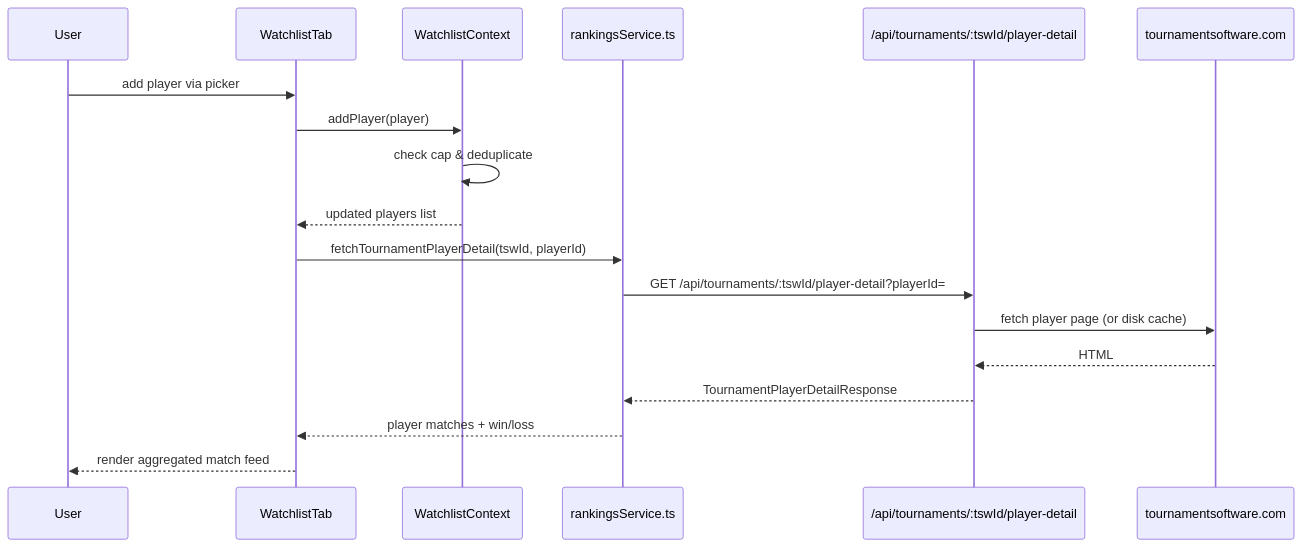
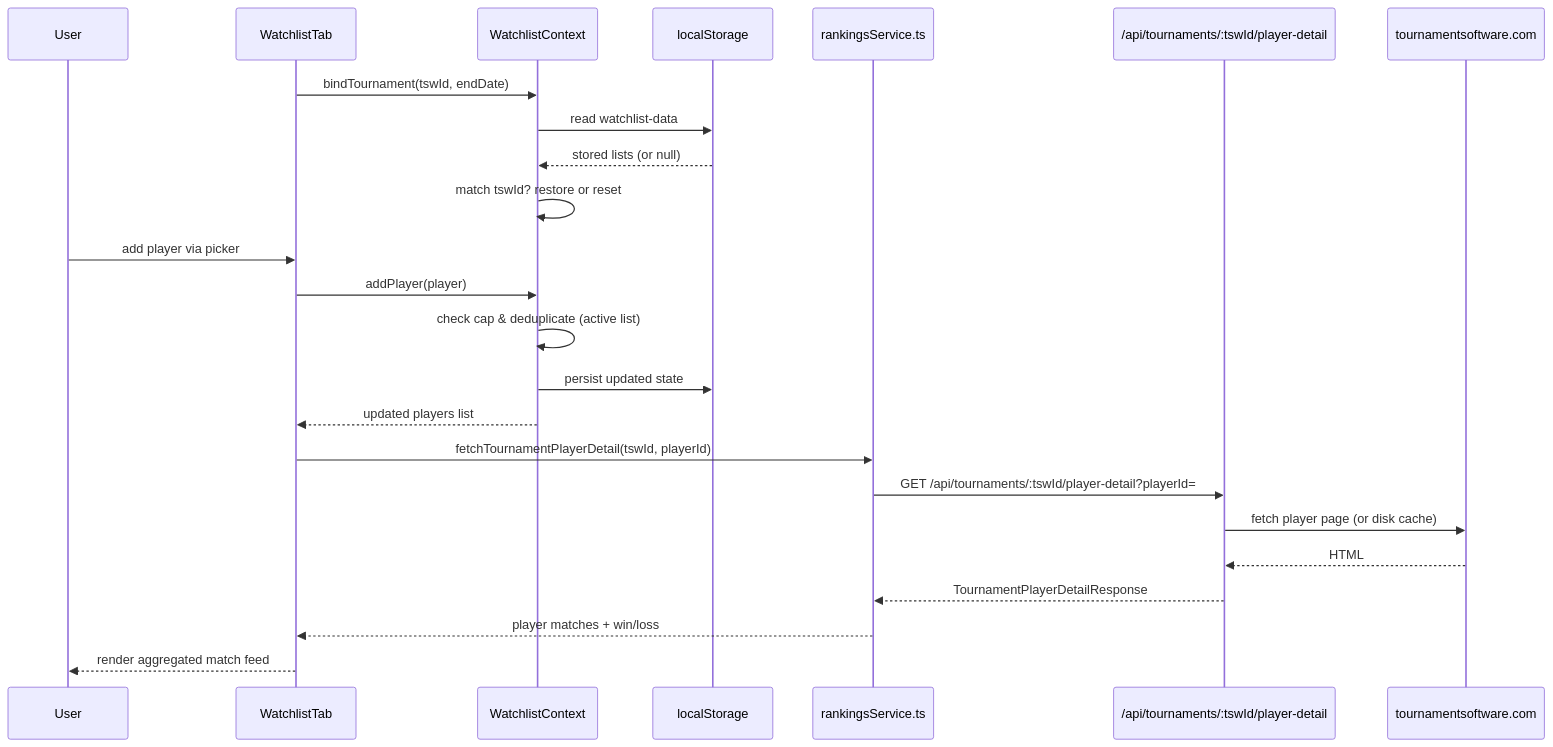
Before and after one commit to pookyl/usab-junior: the first of 2 diagrams in docs/design/tournaments-watchlist.md, drawn with Mermaid. The commit also changed other lines of this file and 2 other files, not shown here.

First line of the commit message:
Add multi-watchlist with localStorage persistence

````diff
--- a/docs/design/tournaments-watchlist.md
+++ b/docs/design/tournaments-watchlist.md
@@ -37,21 +104,28 @@
 ```mermaid
 sequenceDiagram
     participant U as User
     participant WT as WatchlistTab
     participant WC as WatchlistContext
+    participant LS as localStorage
     participant RS as rankingsService.ts
     participant API as /api/tournaments/:tswId/player-detail
     participant TSW as tournamentsoftware.com
 
+    WT->>WC: bindTournament(tswId, endDate)
+    WC->>LS: read watchlist-data
+    LS-->>WC: stored lists (or null)
+    WC->>WC: match tswId? restore or reset
+
     U->>WT: add player via picker
     WT->>WC: addPlayer(player)
-    WC->>WC: check cap & deduplicate
+    WC->>WC: check cap & deduplicate (active list)
+    WC->>LS: persist updated state
     WC-->>WT: updated players list
     WT->>RS: fetchTournamentPlayerDetail(tswId, playerId)
     RS->>API: GET /api/tournaments/:tswId/player-detail?playerId=
     API->>TSW: fetch player page (or disk cache)
     TSW-->>API: HTML
     API-->>RS: TournamentPlayerDetailResponse
     RS-->>WT: player matches + win/loss
     WT-->>U: render aggregated match feed
 ```
````
